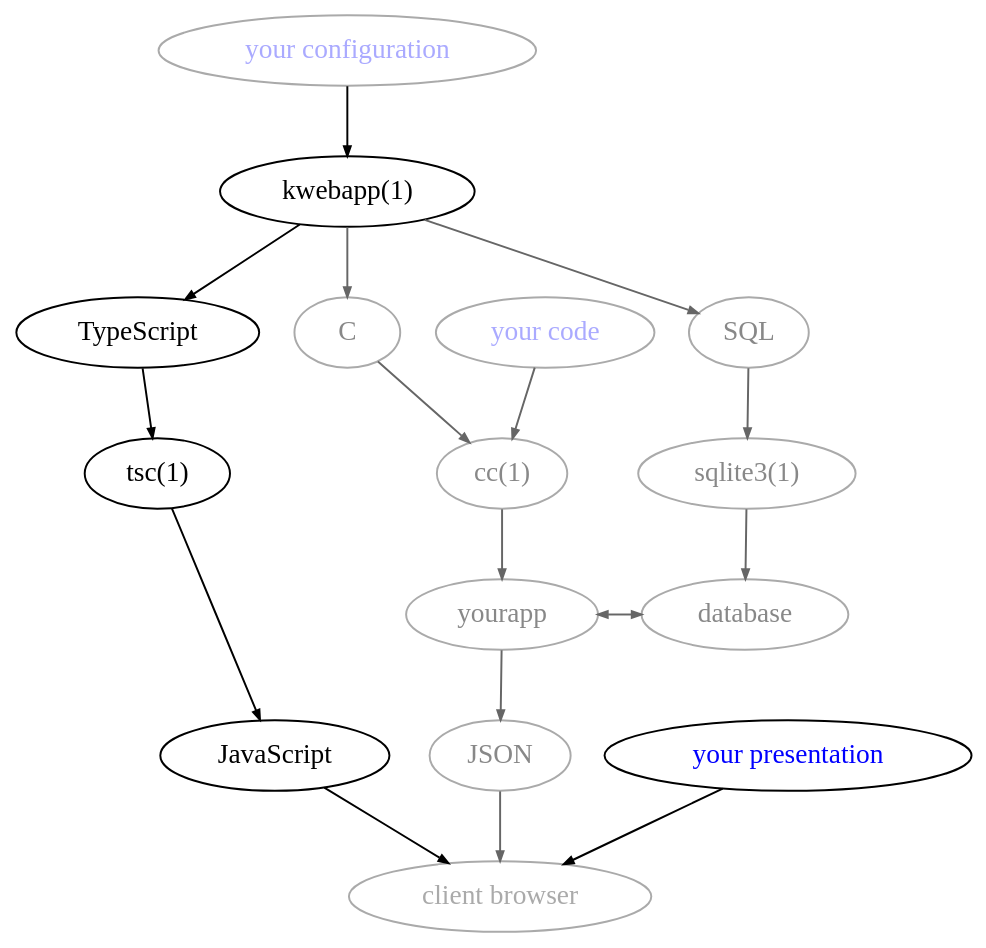
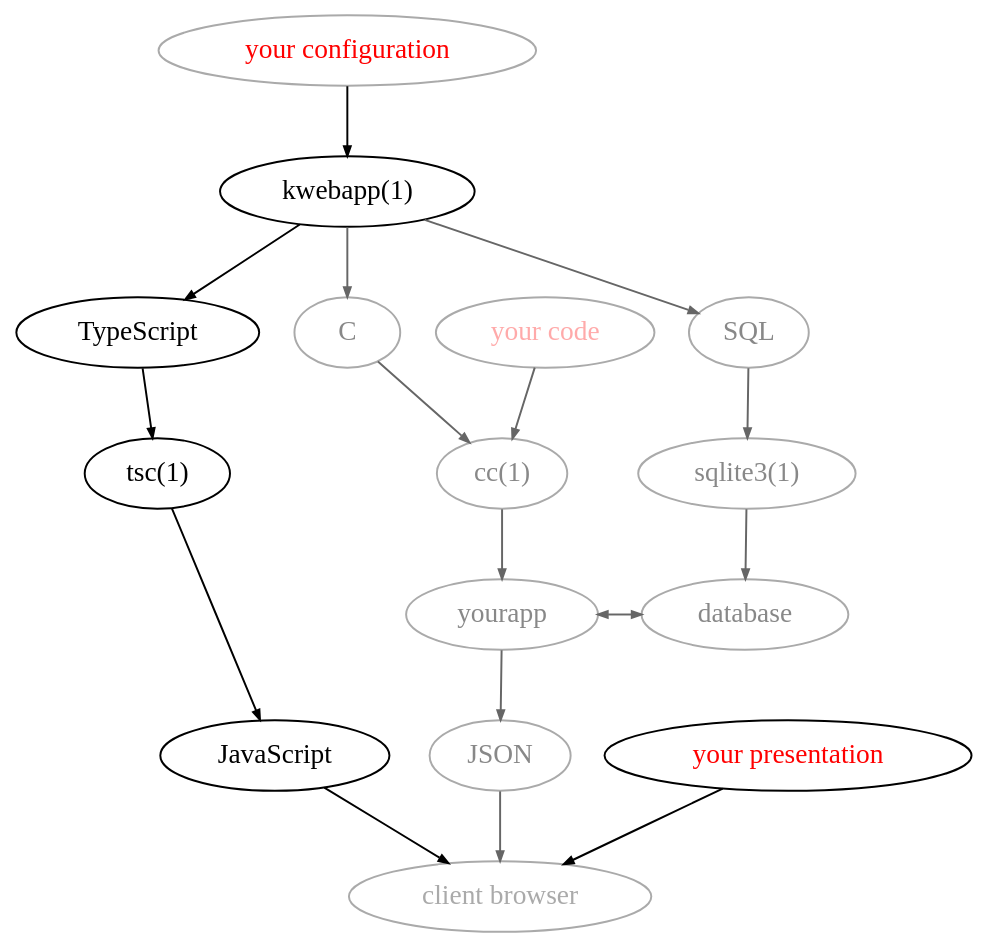
One commit to kristapsdz/bchs changed the diagram in typescript-fig1.dot. Above: the diagram before and after it, drawn with Graphviz. The commit also changed 2 other files, not shown here.

```diff
--- a/typescript-fig1.dot
+++ b/typescript-fig1.dot
@@ -1,50 +1,50 @@
 digraph {
 	edge [arrowsize="0.5";];
 	bgcolor="transparent";
 	splines=false;
 
-	{ rank=source; kwebapp[label="your configuration", fontcolor="#aaaaff", color="#aaaaaa"]; }
+	{ rank=source; kwebapp[label="your configuration", fontcolor="red", color="#aaaaaa"]; }
 
 	{ rank=same; kwebapp1[label="kwebapp(1)"]; }
 
 	{ rank=same; 
 	  c[label="C", fontcolor="#888888", color="#aaaaaa"]; 
-	  yourcode[label="your code", fontcolor="#aaaaff" color="#aaaaaa"];
+	  yourcode[label="your code", fontcolor="#ffaaaa" color="#aaaaaa"];
 	  ts[label="TypeScript"];
 	  sql[label="SQL", fontcolor="#888888", color="#aaaaaa"]; }
 	{ rank=same; 
 	  tsc[label="tsc(1)"];
 	  cc[label="cc(1)", fontcolor="#888888", color="#aaaaaa"]; 
 	  sqlite1[label="sqlite3(1)", fontcolor="#888888", color="#aaaaaa"]; }
 
 	{ rank=same; 
 	  yourapp[label="yourapp", fontcolor="#888888", color="#aaaaaa"]; 
 	  db[label="database", fontcolor="#888888", color="#aaaaaa"]; }
 
 	{ rank=same; 
 	  js[label="JavaScript"];
-	  html5[label="your presentation", fontcolor="blue"]; 
+	  html5[label="your presentation", fontcolor="red"]; 
 	  json[label="JSON", fontcolor="#888888", color="#aaaaaa"]; }
 
 	{ rank=sink; client[label="client browser", fontcolor="#aaaaaa", color="#aaaaaa"]; }
 
 	kwebapp -> kwebapp1;
 
 	kwebapp1 -> sql[color="#666666"];
 	sql -> sqlite1[color="#666666"];
 	sqlite1 -> db[color="#666666"];
 	yourapp -> json[color="#666666"];
 	yourapp -> db[dir="both", color="#666666"];
 
 	c -> cc[color="#666666"];
 	yourcode -> cc[color="#666666"];
 	cc -> yourapp[color="#666666"];
 
 	kwebapp1 -> c[color="#666666"];
 	kwebapp1 -> ts;
 	html5 -> client;
 	js -> client;
 	json -> client[color="#666666"];
 	ts -> tsc -> js;
 
 }
```
